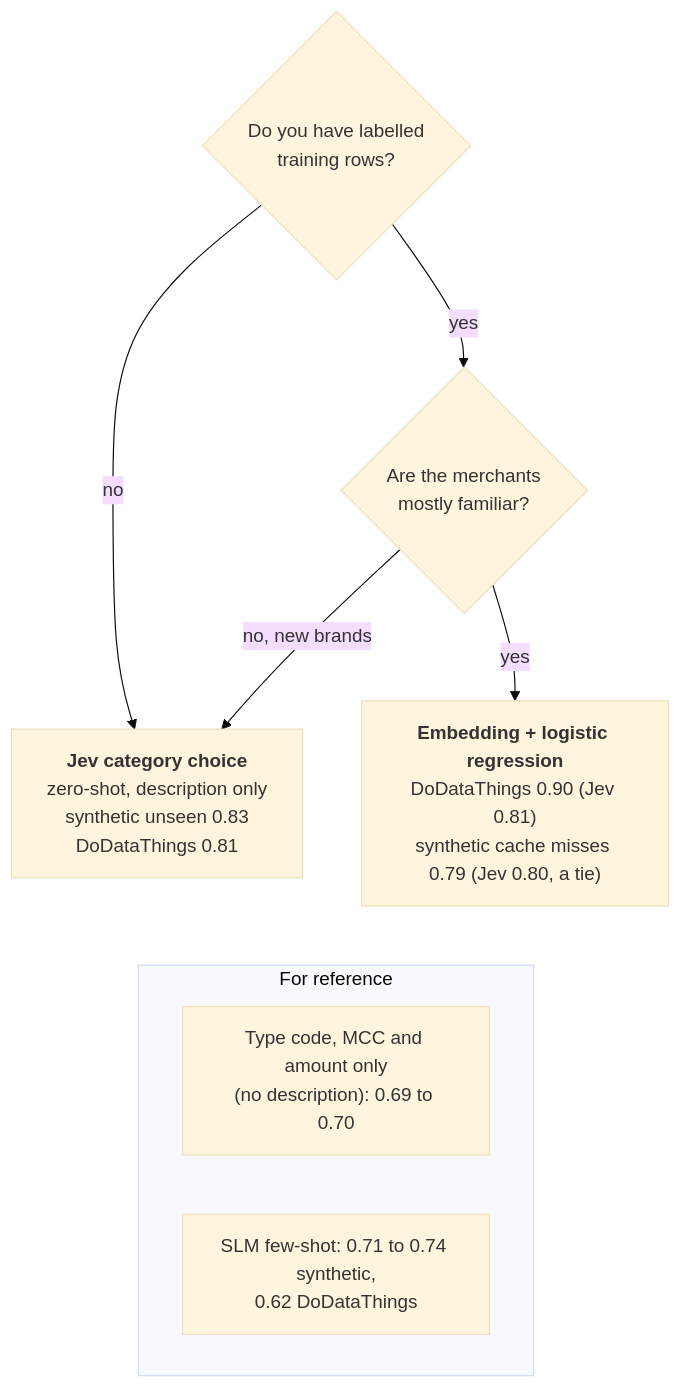
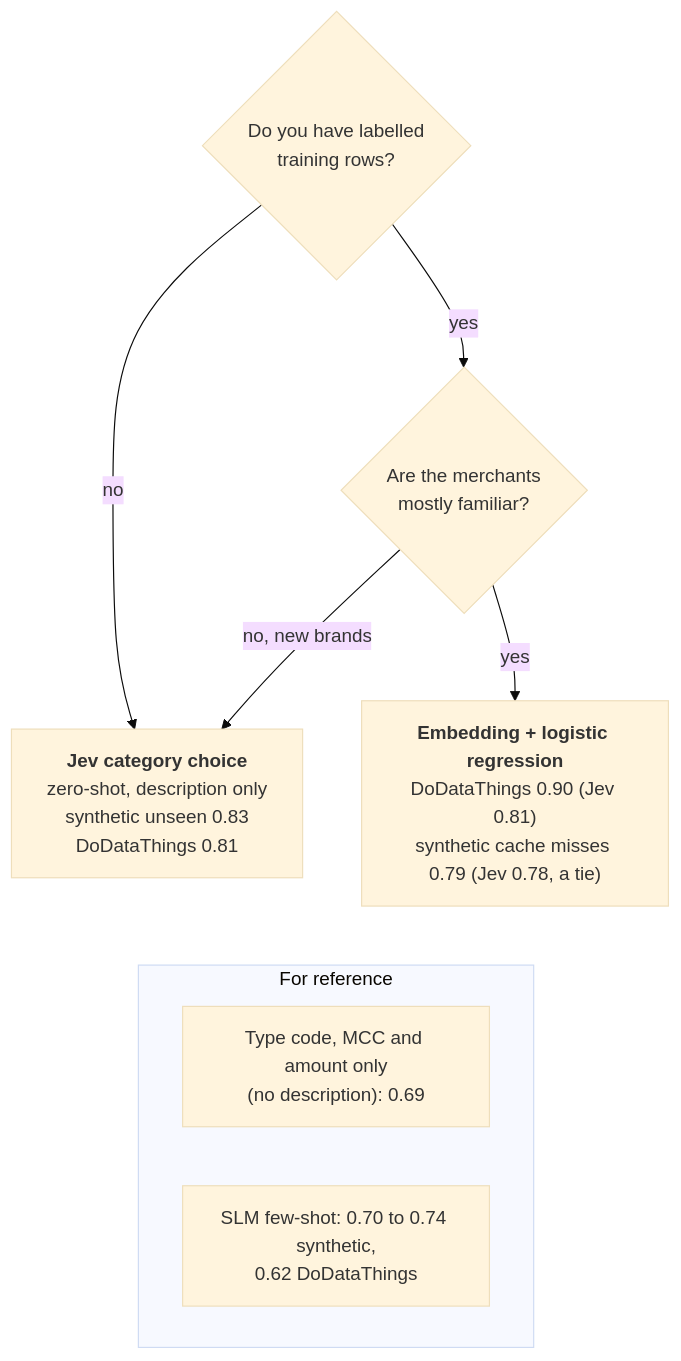
Before and after one commit to aeoxyz-jpg/tranx-transaction-standardization: the diagram in docs/diagrams/category_decision.mmd, drawn with Mermaid (base theme). The commit also changed 23 other files, not shown here.

```diff
--- a/docs/diagrams/category_decision.mmd
+++ b/docs/diagrams/category_decision.mmd
@@ -1,12 +1,12 @@
 flowchart TD
     Q1{"Do you have labelled<br/>training rows?"}
     Q1 -->|yes| Q2{"Are the merchants<br/>mostly familiar?"}
     Q1 -->|no| JEV["<b>Jev category choice</b><br/>zero-shot, description only<br/>synthetic unseen 0.83<br/>DoDataThings 0.81"]
-    Q2 -->|yes| EMB["<b>Embedding + logistic regression</b><br/>DoDataThings 0.90 (Jev 0.81)<br/>synthetic cache misses 0.79 (Jev 0.80, a tie)"]
+    Q2 -->|yes| EMB["<b>Embedding + logistic regression</b><br/>DoDataThings 0.90 (Jev 0.81)<br/>synthetic cache misses 0.79 (Jev 0.78, a tie)"]
     Q2 -->|"no, new brands"| JEV
     subgraph REF["For reference"]
-        BASE["Type code, MCC and amount only<br/>(no description): 0.69 to 0.70"]
-        SLMN["SLM few-shot: 0.71 to 0.74 synthetic,<br/>0.62 DoDataThings"]
+        BASE["Type code, MCC and amount only<br/>(no description): 0.69"]
+        SLMN["SLM few-shot: 0.70 to 0.74 synthetic,<br/>0.62 DoDataThings"]
     end
     JEV ~~~ REF
     EMB ~~~ REF
```
